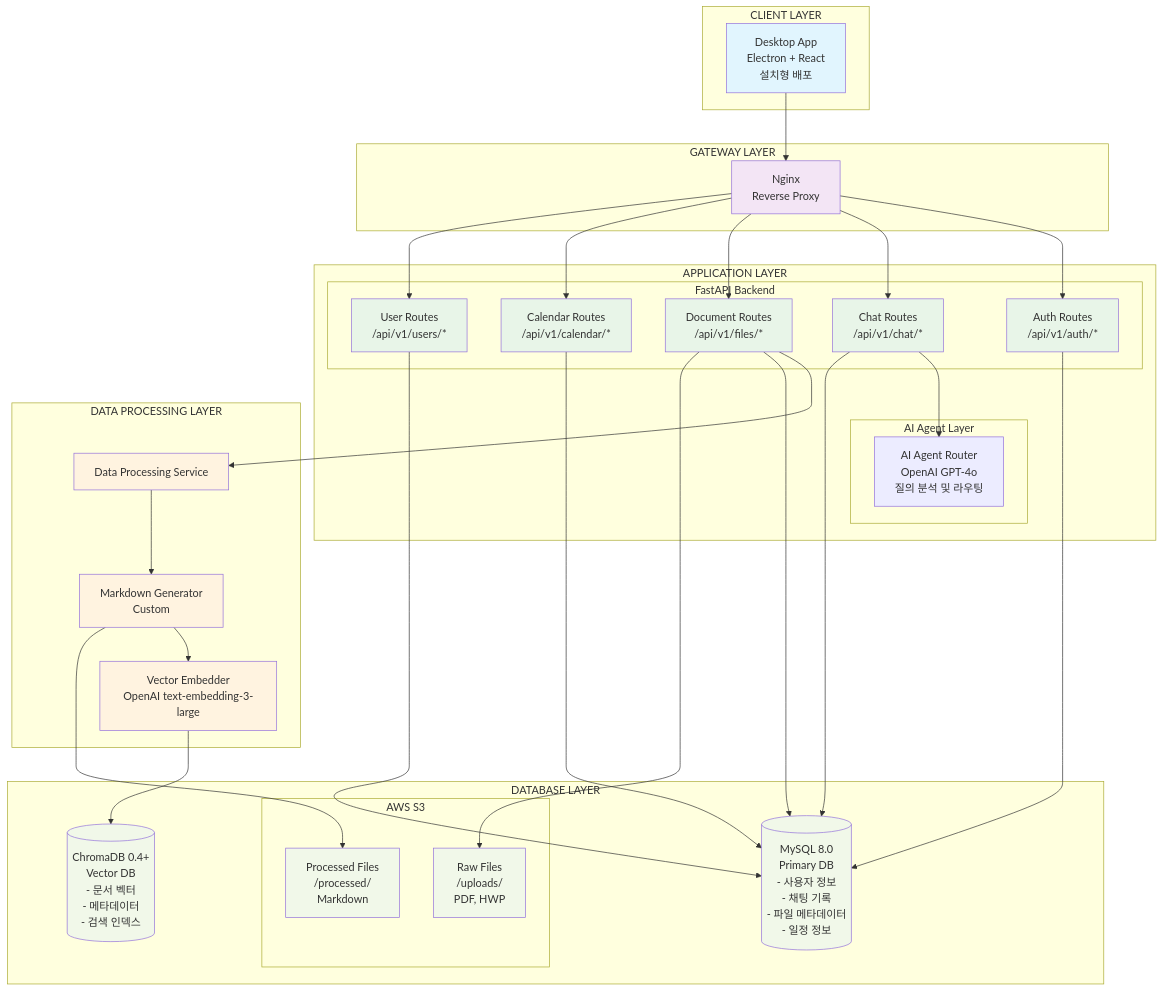
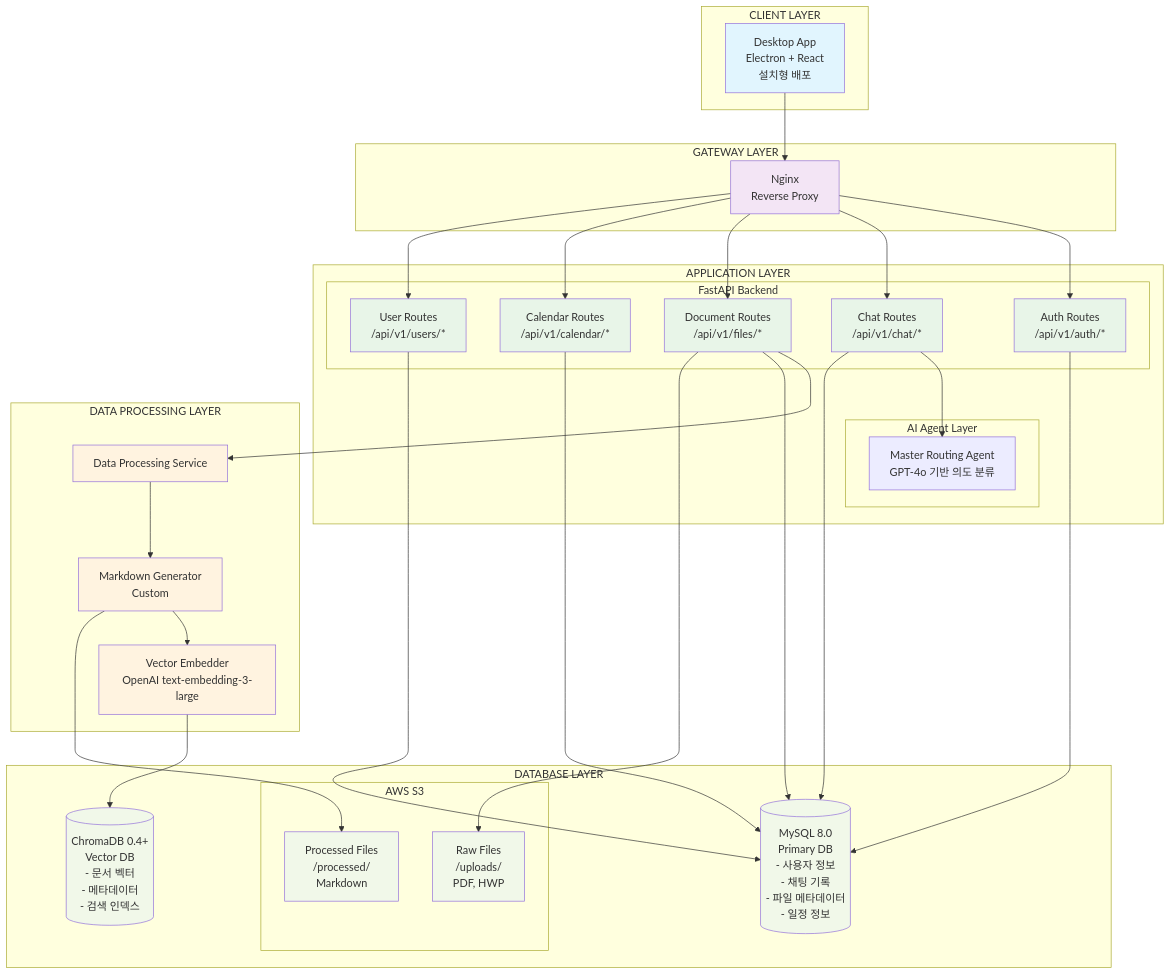
Before and after one commit to SKNETWORKS-FAMILY-AICAMP/SKN13-FINAL-1TEAM: the first of 6 diagrams in 산출물/8주차/시스템_구성도_초안.md, drawn with Mermaid. The commit also changed other lines of this file and 12 other files, not shown here.

```diff
--- a/산출물/8주차/시스템_구성도_초안.md
+++ b/산출물/8주차/시스템_구성도_초안.md
@@ -33,7 +33,7 @@
         end
         
         subgraph "AI Agent Layer"
-            AI_AGENT_ROUTER[AI Agent Router<br/>OpenAI GPT-4o<br/>질의 분석 및 라우팅]
+            AI_AGENT_ROUTER[Master Routing Agent<br/>GPT-4o 기반 의도 분류]
         end
         
     end
```
